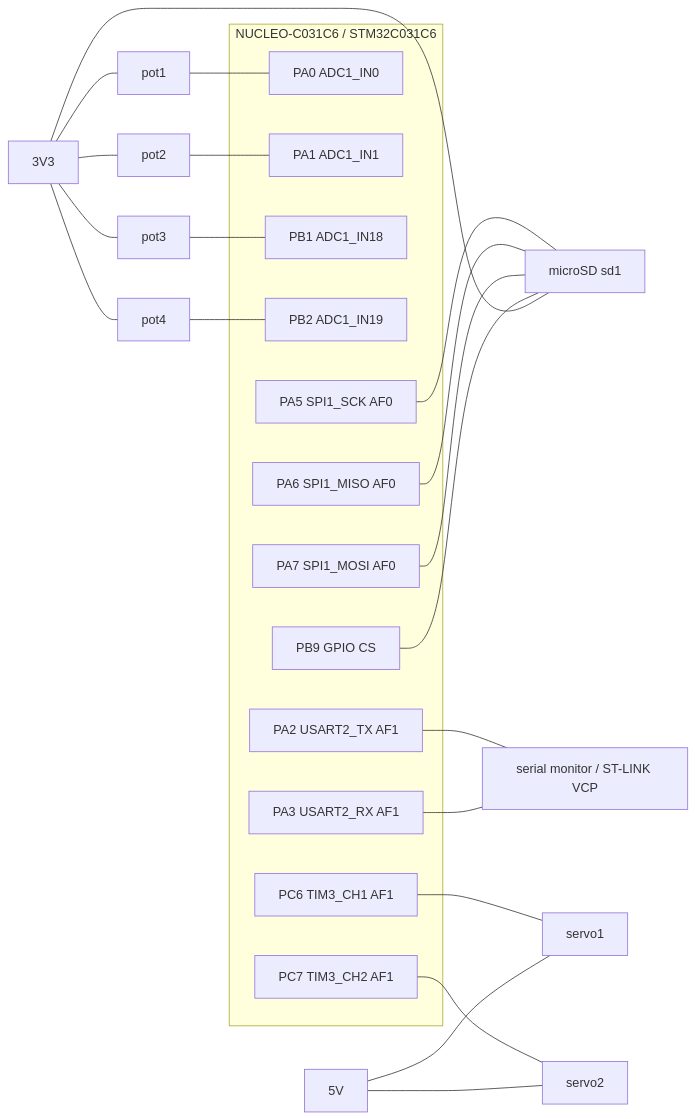
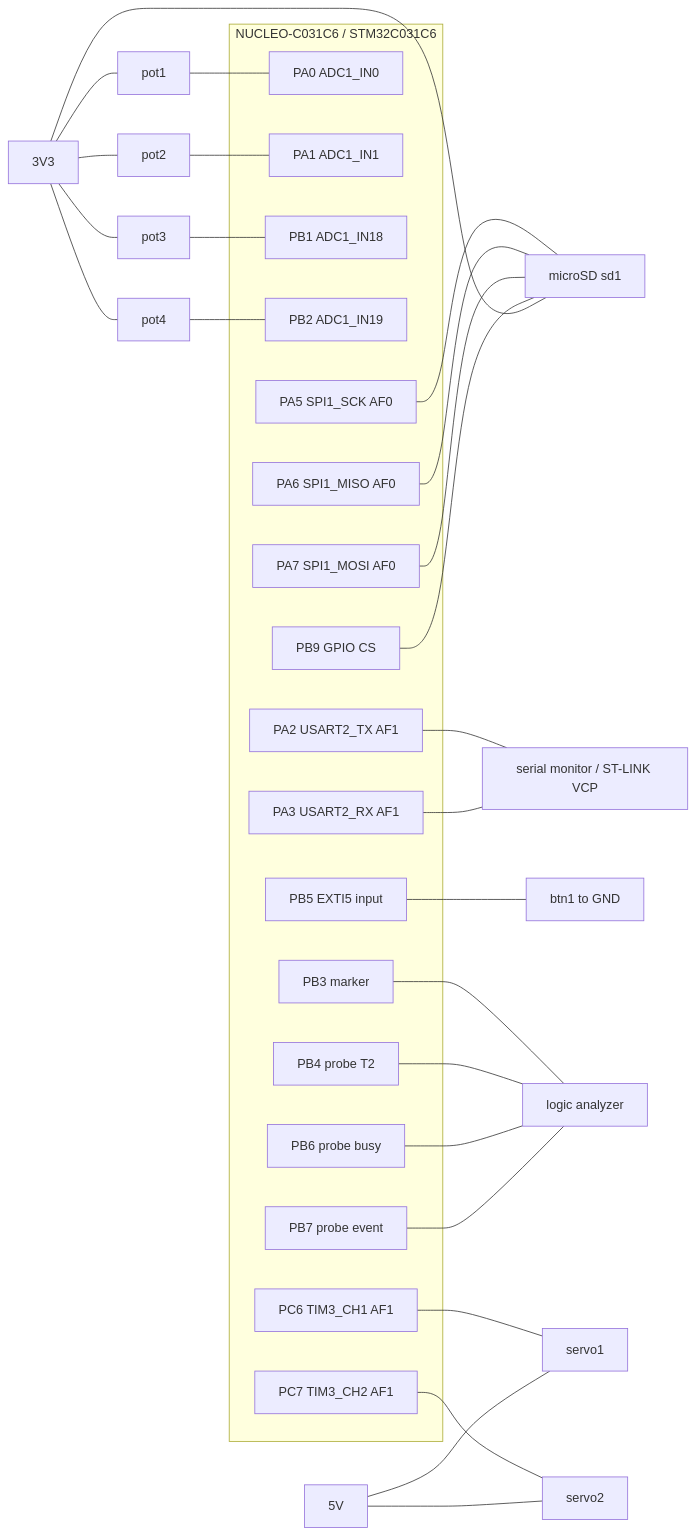
The diagram in docs/pinout.md (IO31-Bobruiko-Oleksii/systems-programming-2026), drawn with Mermaid before and after one commit. The commit also changed other lines of this file and 2 other files, not shown here.

````diff
--- a/docs/pinout.md
+++ b/docs/pinout.md
@@ -82,36 +85,46 @@
 ```mermaid
 flowchart LR
     subgraph MCU["NUCLEO-C031C6 / STM32C031C6"]
         PA0["PA0 ADC1_IN0"]
         PA1["PA1 ADC1_IN1"]
         PB1["PB1 ADC1_IN18"]
         PB2["PB2 ADC1_IN19"]
         PA2["PA2 USART2_TX AF1"]
         PA3["PA3 USART2_RX AF1"]
         PA5["PA5 SPI1_SCK AF0"]
         PA6["PA6 SPI1_MISO AF0"]
         PA7["PA7 SPI1_MOSI AF0"]
         PB9["PB9 GPIO CS"]
+        PB5["PB5 EXTI5 input"]
+        PB3["PB3 marker"]
+        PB4["PB4 probe T2"]
+        PB6["PB6 probe busy"]
+        PB7["PB7 probe event"]
         PC6["PC6 TIM3_CH1 AF1"]
         PC7["PC7 TIM3_CH2 AF1"]
     end
     POT1["pot1"] --- PA0
     POT2["pot2"] --- PA1
     POT3["pot3"] --- PB1
     POT4["pot4"] --- PB2
     PA2 --- TERM["serial monitor / ST-LINK VCP"]
     PA3 --- TERM
     PA5 --- SD["microSD sd1"]
     PA6 --- SD
     PA7 --- SD
     PB9 --- SD
+    PB5 --- BTN["btn1 to GND"]
+    PB3 --- LA["logic analyzer"]
+    PB4 --- LA
+    PB6 --- LA
+    PB7 --- LA
     PC6 --- SERVO1["servo1"]
     PC7 --- SERVO2["servo2"]
     V33["3V3"] --- POT1
     V33 --- POT2
     V33 --- POT3
     V33 --- POT4
     V33 --- SD
     V5["5V"] --- SERVO1
     V5 --- SERVO2
 ```
````
